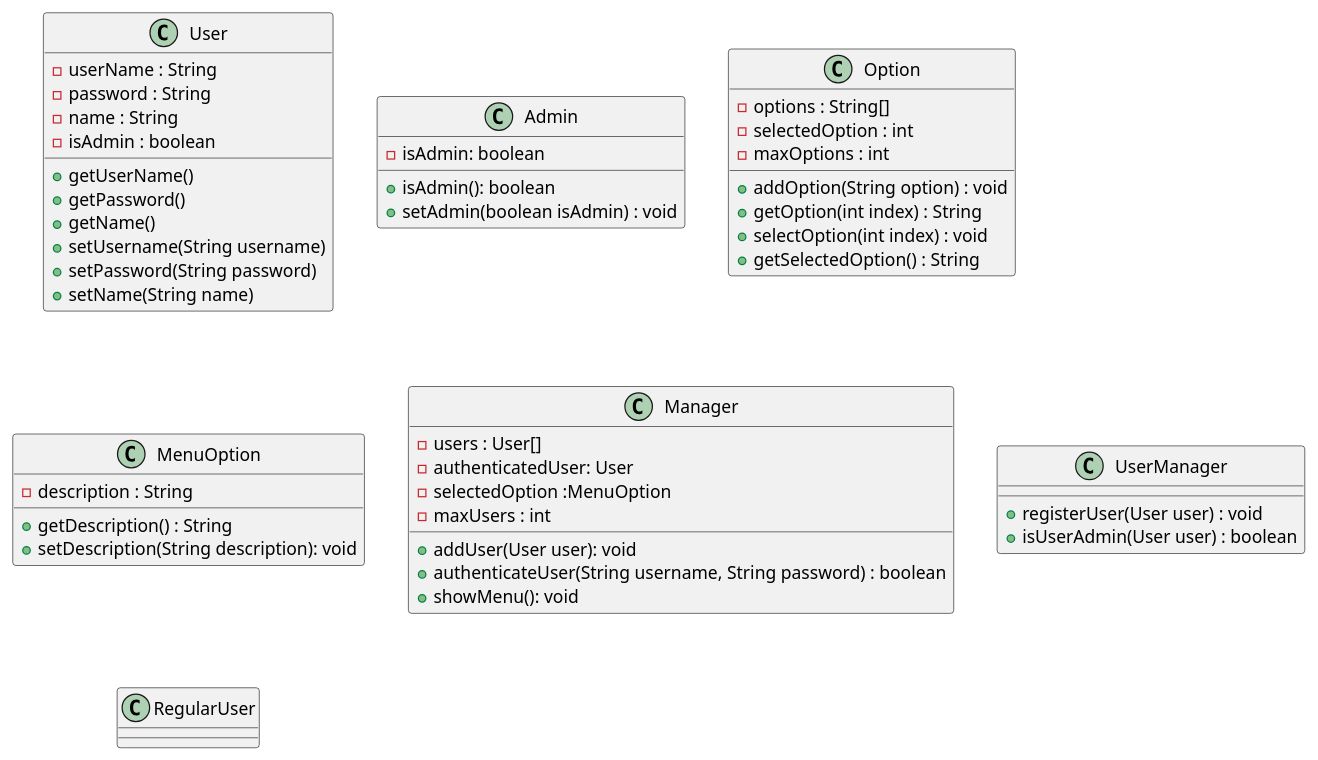
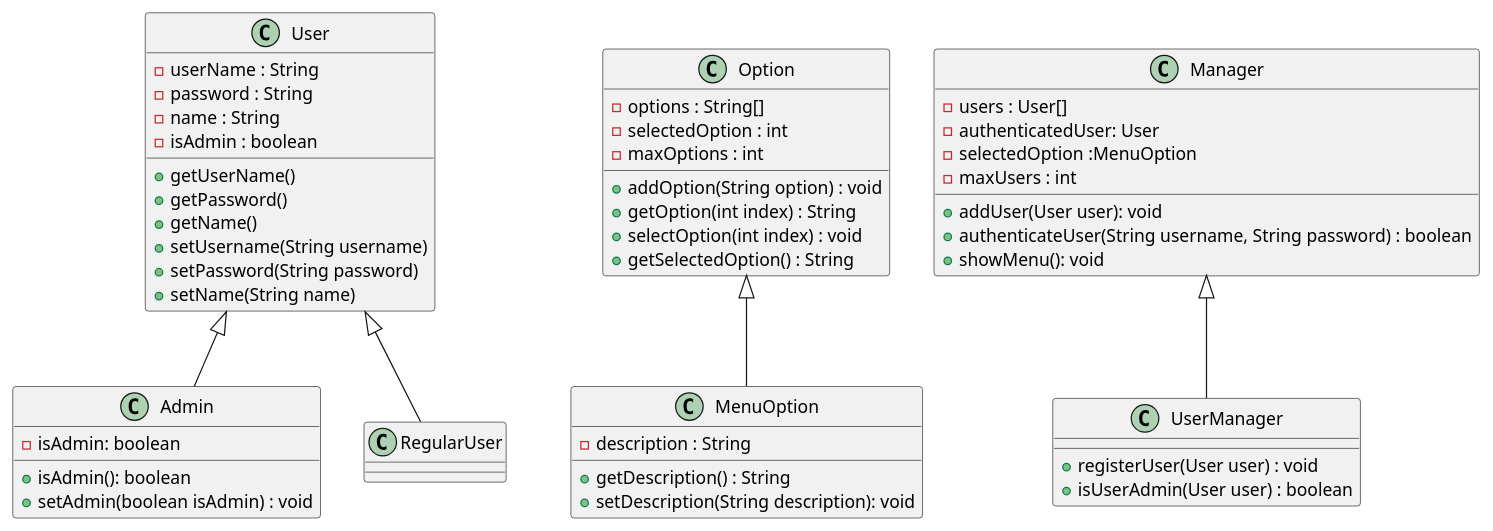
One commit to mmasias/progra2-22-23 changed the diagram in ejercicios/entregas/josueMerino/EX003Inheritance/docs/Inheritance.puml. Above: the diagram before and after it, drawn with PlantUML. The commit also changed 7 other files, not shown here.

```diff
--- a/ejercicios/entregas/josueMerino/EX003Inheritance/docs/Inheritance.puml
+++ b/ejercicios/entregas/josueMerino/EX003Inheritance/docs/Inheritance.puml
@@ -1,56 +1,60 @@
 @startuml
 class User{
     - userName : String
     - password : String
     - name : String
     - isAdmin : boolean
     + getUserName()
     + getPassword()
     + getName()
     + setUsername(String username)
     + setPassword(String password)
     + setName(String name)
 }
 
 class Admin{
     - isAdmin: boolean
     + isAdmin(): boolean
     + setAdmin(boolean isAdmin) : void
 }
 
 class Option{
     - options : String[]
     - selectedOption : int
     - maxOptions : int
     + addOption(String option) : void
     + getOption(int index) : String
     + selectOption(int index) : void
     + getSelectedOption() : String
 }
 
 class MenuOption
 {
     - description : String
     + getDescription() : String
     + setDescription(String description): void
 }
 
 class Manager {
     - users : User[]
     - authenticatedUser: User
     - selectedOption :MenuOption
     - maxUsers : int
     + addUser(User user): void
     + authenticateUser(String username, String password) : boolean
     + showMenu(): void
 }
 
 class UserManager {
     + registerUser(User user) : void
     + isUserAdmin(User user) : boolean
 }
 
 class RegularUser
 
+User <|-- RegularUser
+User <|-- Admin
+Option <|-- MenuOption
+Manager <|-- UserManager
 
 @enduml
```
